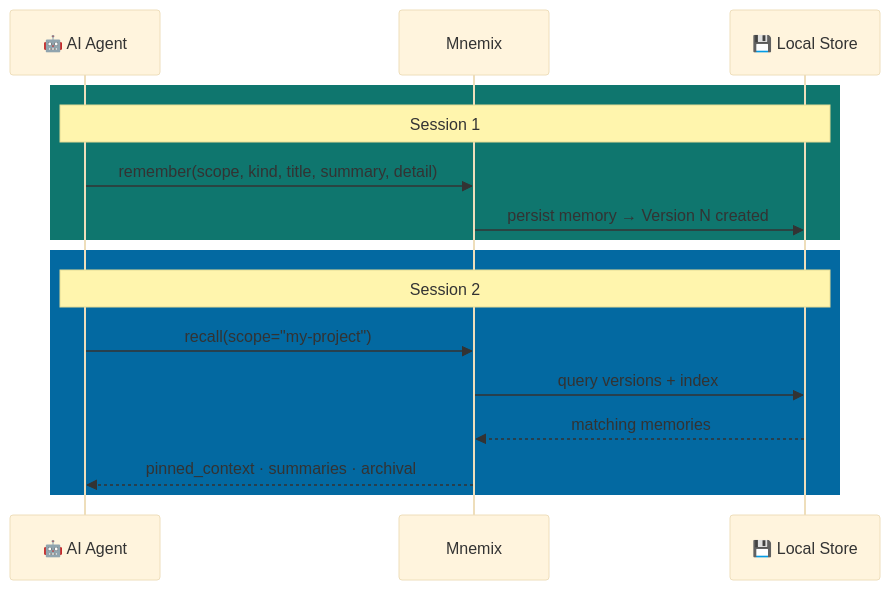
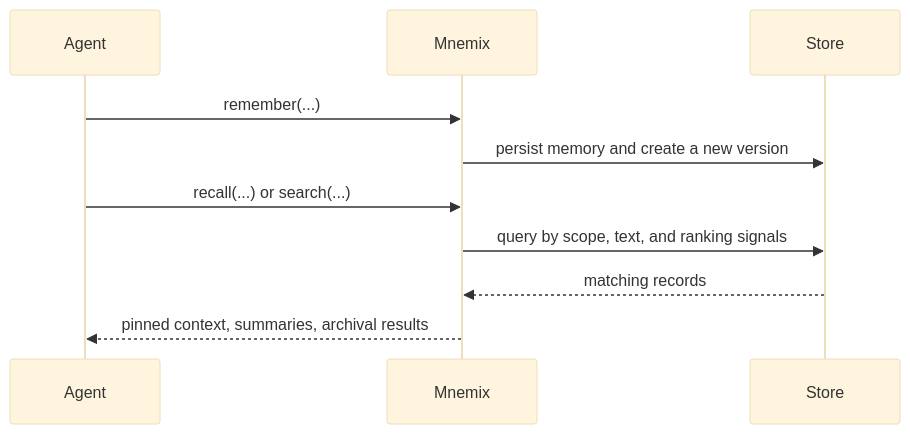
The diagram in docs_site/src/guide/index.md (micahcourey/mnemix), drawn with Mermaid (base theme) before and after one commit. The commit also changed other lines of this file and 11 other files, not shown here.

````diff
--- a/docs_site/src/guide/index.md
+++ b/docs_site/src/guide/index.md
@@ -53,20 +25,13 @@
 ```mermaid
 sequenceDiagram
-    participant A as 🤖 AI Agent
-    participant TP as Mnemix
-    participant S as 💾 Local Store
+    participant Agent
+    participant Mnemix
+    participant Store
 
-    rect rgb(15, 118, 110)
-        Note over A,S: Session 1
-        A->>TP: remember(scope, kind, title, summary, detail)
-        TP->>S: persist memory → Version N created
-    end
-
-    rect rgb(3, 105, 161)
-        Note over A,S: Session 2
-        A->>TP: recall(scope="my-project")
-        TP->>S: query versions + index
-        S-->>TP: matching memories
-        TP-->>A: pinned_context · summaries · archival
-    end
+    Agent->>Mnemix: remember(...)
+    Mnemix->>Store: persist memory and create a new version
+    Agent->>Mnemix: recall(...) or search(...)
+    Mnemix->>Store: query by scope, text, and ranking signals
+    Store-->>Mnemix: matching records
+    Mnemix-->>Agent: pinned context, summaries, archival results
 ```
````
